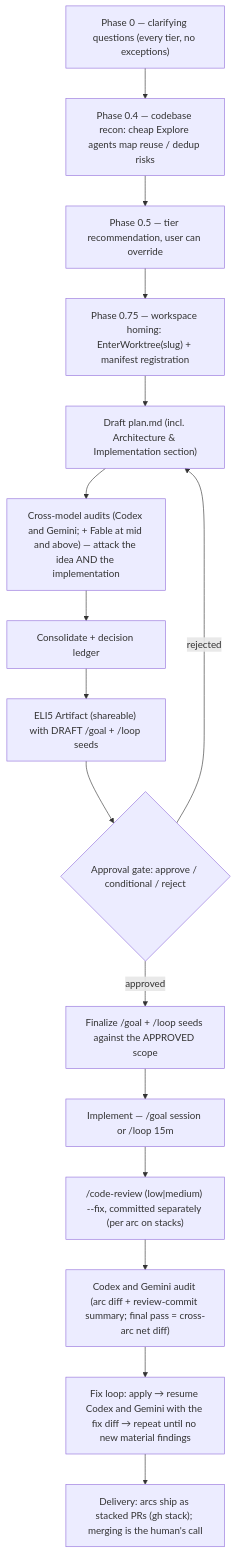
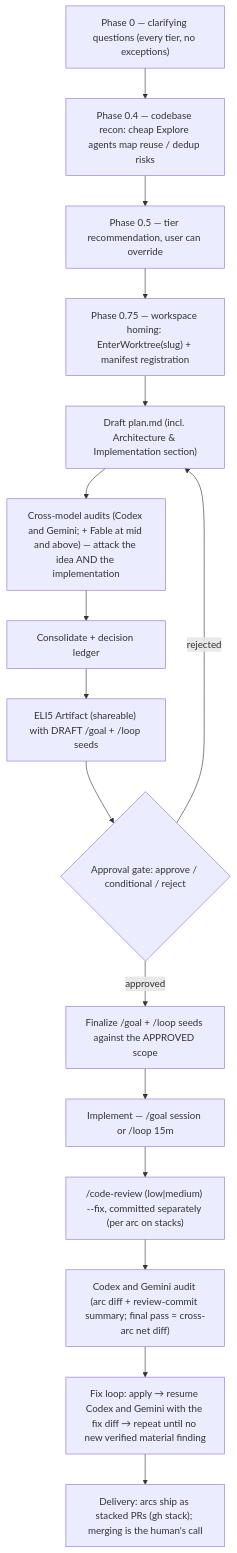
One commit to alejoamiras/aa-skills changed the diagram in skills/blueprint/README.md. Above: the diagram before and after it, drawn with Mermaid. The commit also changed 5 other files, not shown here.

First line of the commit message:
fix(skills): a fixed final-pass finding is verified by a resume; a refused Gemini call leaves a record

````diff
--- a/skills/blueprint/README.md
+++ b/skills/blueprint/README.md
@@ -28,18 +28,18 @@
 ```mermaid
 flowchart TD
     Q["Phase 0 — clarifying questions (every tier, no exceptions)"] --> RC["Phase 0.4 — codebase recon: cheap Explore agents map reuse / dedup risks"]
     RC --> R["Phase 0.5 — tier recommendation, user can override"]
     R --> W["Phase 0.75 — workspace homing: EnterWorktree(slug) + manifest registration"]
     W --> D["Draft plan.md (incl. Architecture & Implementation section)"]
     D --> A["Cross-model audits (Codex and Gemini; + Fable at mid and above) — attack the idea AND the implementation"]
     A --> C["Consolidate + decision ledger"]
     C --> E["ELI5 Artifact (shareable) with DRAFT /goal + /loop seeds"]
     E --> G{"Approval gate: approve / conditional / reject"}
     G -- "rejected" --> D
     G -- "approved" --> S["Finalize /goal + /loop seeds against the APPROVED scope"]
     S --> I["Implement — /goal session or /loop 15m"]
     I --> V["/code-review (low|medium) --fix, committed separately (per arc on stacks)"]
     V --> P["Codex and Gemini audit (arc diff + review-commit summary; final pass = cross-arc net diff)"]
-    P --> F["Fix loop: apply → resume Codex and Gemini with the fix diff → repeat until no new material findings"]
+    P --> F["Fix loop: apply → resume Codex and Gemini with the fix diff → repeat until no new verified material finding"]
     F --> T["Delivery: arcs ship as stacked PRs (gh stack); merging is the human's call"]
 ```
````
